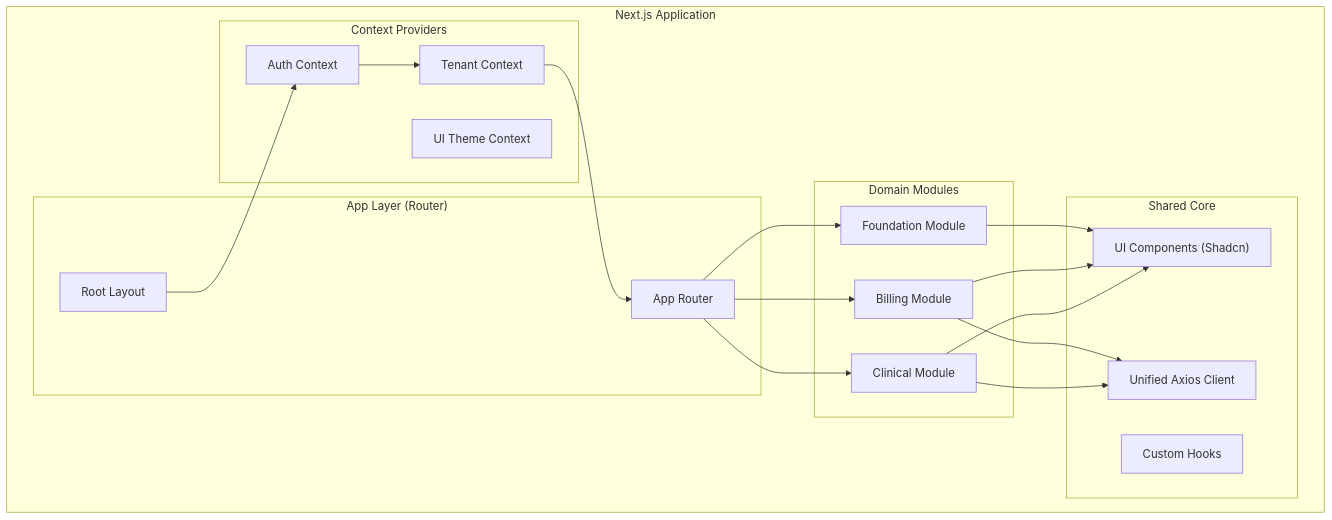
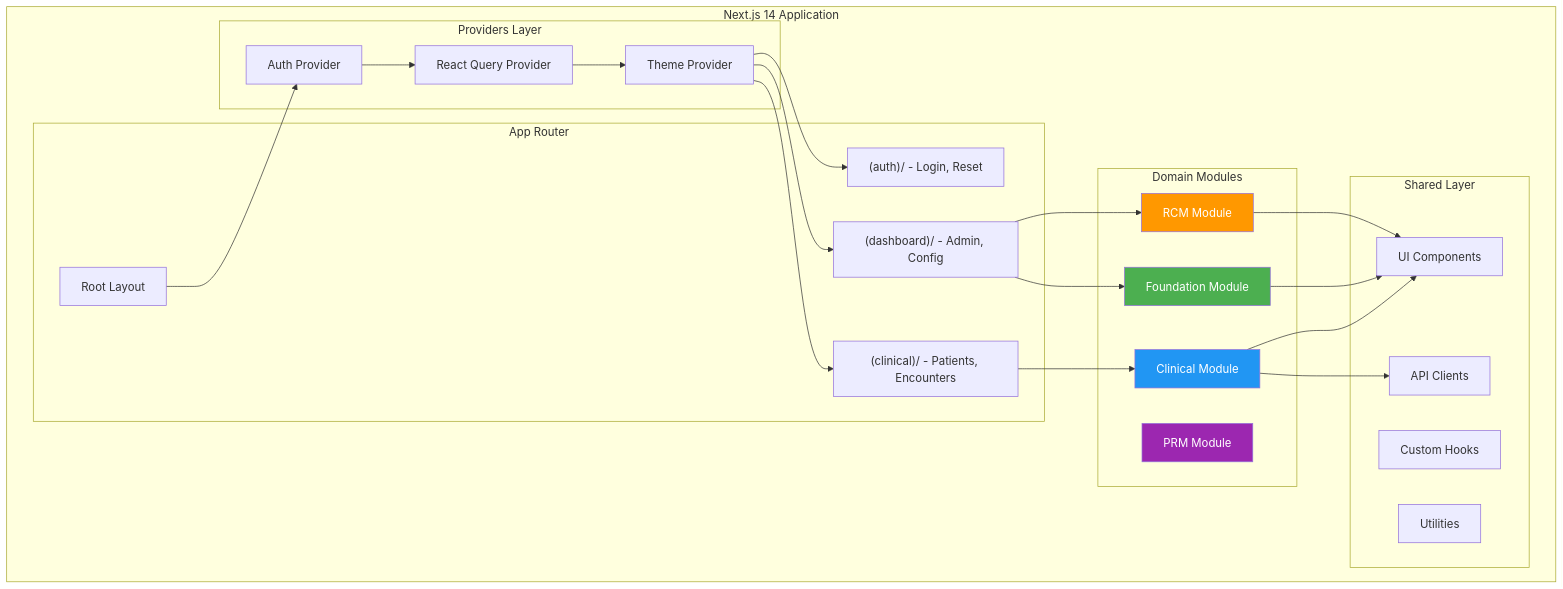
One commit to daivahealth/athma-ce changed the fourth of 14 diagrams in docs/architecture/TECHNICAL-ARCHITECTURE.md. Above: the diagram before and after it, drawn with Mermaid. The commit also changed other lines of this file, not shown here.

Commit message:
Technical Architecture Document changed

````diff
--- a/docs/architecture/TECHNICAL-ARCHITECTURE.md
+++ b/docs/architecture/TECHNICAL-ARCHITECTURE.md
@@ -169,43 +335,52 @@
 ```mermaid
 graph TD
-    subgraph "Next.js Application"
-        
-        subgraph "App Layer (Router)"
+    subgraph "Next.js 14 Application"
+        subgraph "App Router"
             Layout[Root Layout]
-            Router[App Router]
+            AuthRoutes["(auth)/ - Login, Reset"]
+            ClinicalRoutes["(clinical)/ - Patients, Encounters"]
+            DashboardRoutes["(dashboard)/ - Admin, Config"]
         end
 
-        subgraph "Context Providers"
-            AuthCtx[Auth Context]
-            TenantCtx[Tenant Context]
-            UICtx[UI Theme Context]
+        subgraph "Providers Layer"
+            AuthProvider[Auth Provider]
+            QueryProvider[React Query Provider]
+            ThemeProvider[Theme Provider]
         end
 
         subgraph "Domain Modules"
-            tobill[Billing Module]
-            toclin[Clinical Module]
-            tofound[Foundation Module]
+            ClinicalModule[Clinical Module]
+            FoundationModule[Foundation Module]
+            RCMModule[RCM Module]
+            PRMModule[PRM Module]
         end
 
-        subgraph "Shared Core"
-            UIComponents["UI Components (Shadcn)"]
-            APIClient[Unified Axios Client]
+        subgraph "Shared Layer"
+            Components[UI Components]
             Hooks[Custom Hooks]
+            APIClients[API Clients]
+            Utils[Utilities]
         end
+    end
 
-        Layout --> AuthCtx
-        AuthCtx --> TenantCtx
-        TenantCtx --> Router
+    Layout --> AuthProvider
+    AuthProvider --> QueryProvider
+    QueryProvider --> ThemeProvider
+    ThemeProvider --> AuthRoutes
+    ThemeProvider --> ClinicalRoutes
+    ThemeProvider --> DashboardRoutes
 
-        Router --> toclin
-        Router --> tobill
-        Router --> tofound
+    ClinicalRoutes --> ClinicalModule
+    DashboardRoutes --> FoundationModule
+    DashboardRoutes --> RCMModule
 
-        toclin --> UIComponents
-        tobill --> UIComponents
-        tofound --> UIComponents
+    ClinicalModule --> Components
+    ClinicalModule --> APIClients
+    FoundationModule --> Components
+    RCMModule --> Components
 
-        toclin --> APIClient
-        tobill --> APIClient
-    end
+    style ClinicalModule fill:#2196F3,color:#fff
+    style FoundationModule fill:#4CAF50,color:#fff
+    style RCMModule fill:#FF9800,color:#fff
+    style PRMModule fill:#9C27B0,color:#fff
 ```
````
